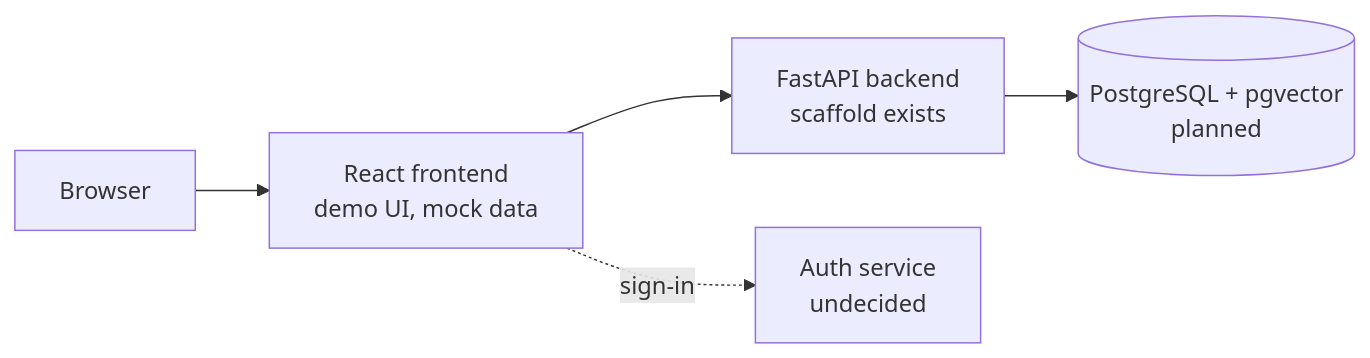
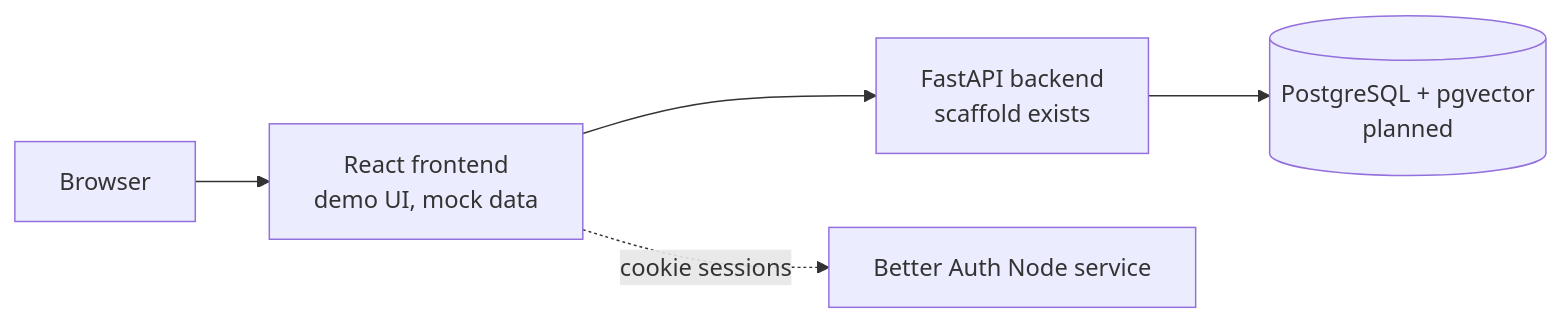
The second of 2 diagrams in docs/design.md (beaverlink/beaverlink), drawn with Mermaid before and after one commit. The commit also changed other lines of this file and 21 other files, not shown here.

Commit message:
feat(auth): integrate Better Auth with React frontend

````diff
--- a/docs/design.md
+++ b/docs/design.md
@@ -26,7 +26,7 @@
 ```mermaid
 flowchart LR
   U[Browser] --> FE[React frontend<br/>demo UI, mock data]
   FE --> API[FastAPI backend<br/>scaffold exists]
   API --> DB[(PostgreSQL + pgvector<br/>planned)]
-  FE -.sign-in.-> AUTH[Auth service<br/>undecided]
+  FE -.cookie sessions.-> AUTH[Better Auth Node service]
 ```
````
